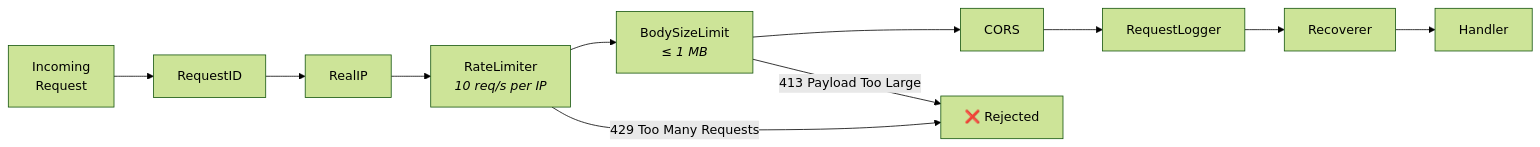
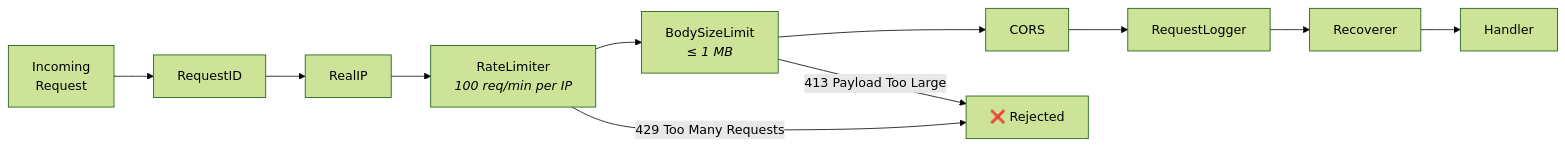
The sixth of 6 diagrams in README.md (sulthonzh/subscription-reconciler), drawn with Mermaid (forest theme) before and after one commit. The commit also changed other lines of this file, not shown here.

````diff
--- a/README.md
+++ b/README.md
@@ -678,14 +662,14 @@
 ```mermaid
 flowchart LR
     REQ["Incoming<br/>Request"] --> RID["RequestID"]
     RID --> RIP["RealIP"]
-    RIP --> RL["RateLimiter<br/><i>10 req/s per IP</i>"]
+    RIP --> RL["RateLimiter<br/><i>100 req/min per IP</i>"]
     RL --> BSL["BodySizeLimit<br/><i>≤ 1 MB</i>"]
     BSL --> CORS["CORS"]
     CORS --> LOG["RequestLogger"]
     LOG --> REC["Recoverer"]
     REC --> HANDLER["Handler"]
 
     RL --> |"429 Too Many Requests"| REJECT["❌ Rejected"]
     BSL --> |"413 Payload Too Large"| REJECT
 ```
````
